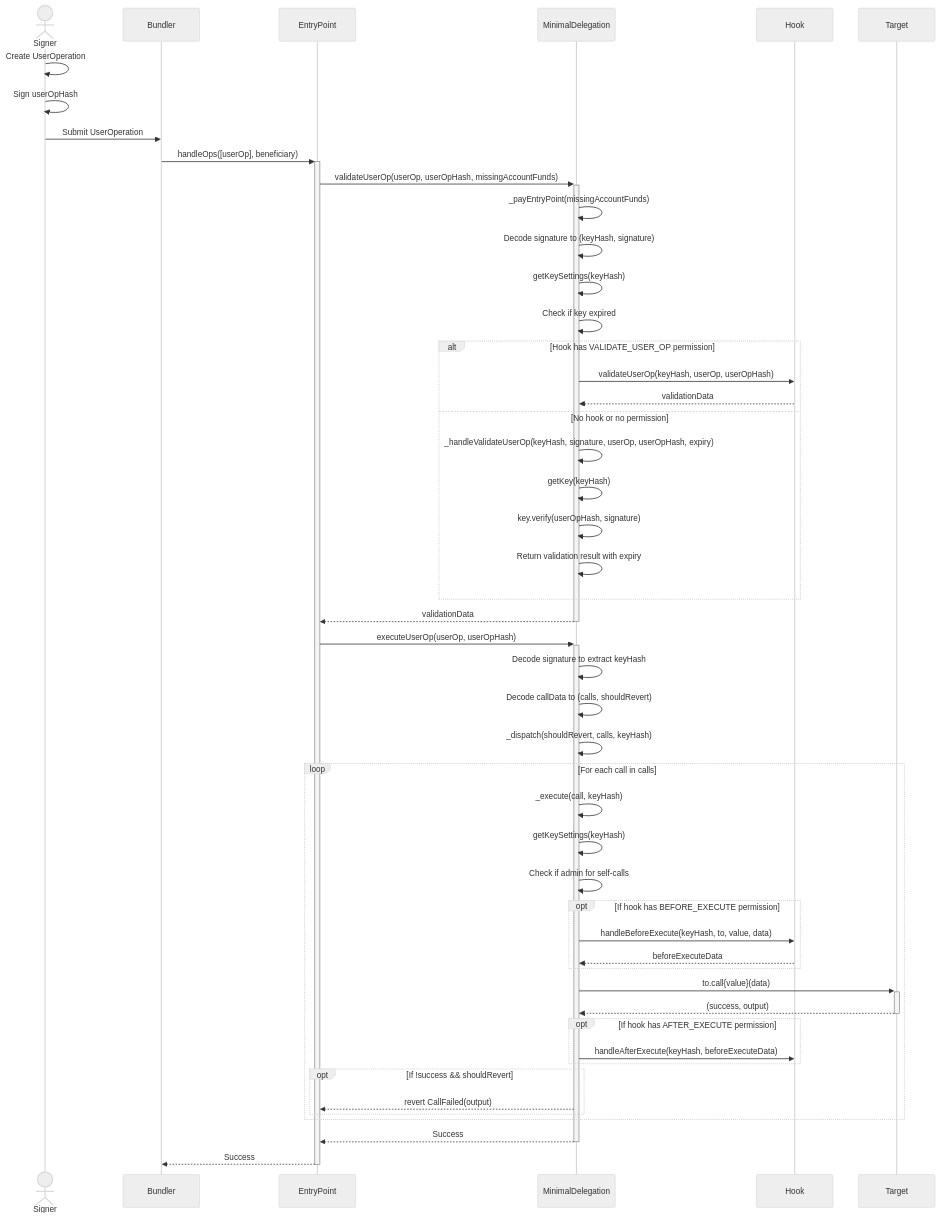
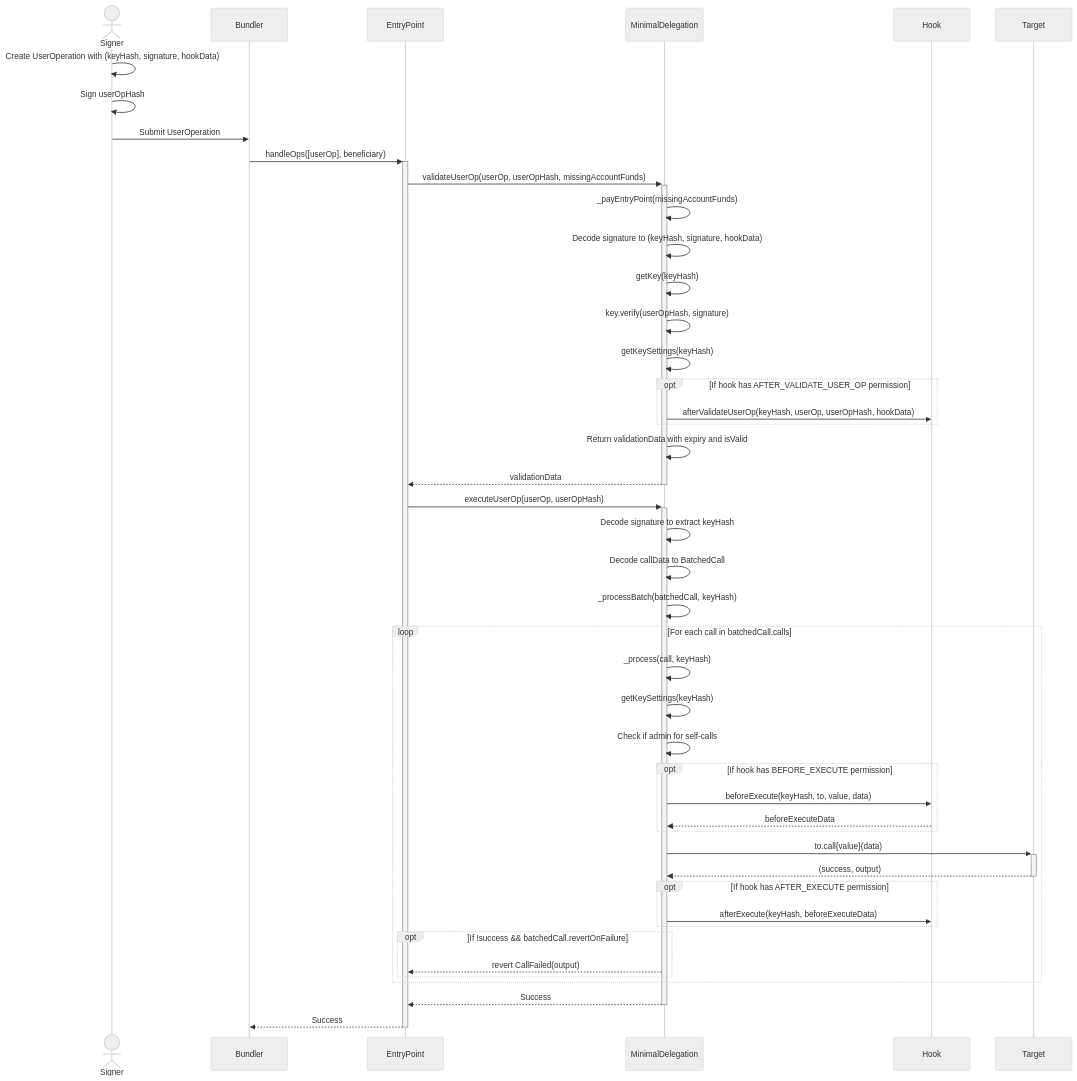
The fifth of 7 diagrams in README.md (Uniswap/minimal-delegation), drawn with Mermaid (neutral theme) before and after one commit. The commit also changed other lines of this file, not shown here.

Commit message:
new diagrams

````diff
--- a/README.md
+++ b/README.md
@@ -172,63 +205,59 @@
 ```mermaid
 sequenceDiagram
     actor Signer
     participant Bundler
     participant EntryPoint
     participant Account as MinimalDelegation
     participant Hook
     participant Target
     
-    Signer->>Signer: Create UserOperation
+    Signer->>Signer: Create UserOperation with (keyHash, signature, hookData)
     Signer->>Signer: Sign userOpHash
     Signer->>Bundler: Submit UserOperation
     
     Bundler->>+EntryPoint: handleOps([userOp], beneficiary)
     EntryPoint->>+Account: validateUserOp(userOp, userOpHash, missingAccountFunds)
     
     Account->>Account: _payEntryPoint(missingAccountFunds)
-    Account->>Account: Decode signature to (keyHash, signature)
+    Account->>Account: Decode signature to (keyHash, signature, hookData)
+    Account->>Account: getKey(keyHash)
+    Account->>Account: key.verify(userOpHash, signature)
     Account->>Account: getKeySettings(keyHash)
-    Account->>Account: Check if key expired
     
-    alt Hook has VALIDATE_USER_OP permission
-        Account->>Hook: validateUserOp(keyHash, userOp, userOpHash)
-        Hook-->>Account: validationData
-    else No hook or no permission
-        Account->>Account: _handleValidateUserOp(keyHash, signature, userOp, userOpHash, expiry)
-        Account->>Account: getKey(keyHash)
-        Account->>Account: key.verify(userOpHash, signature)
-        Account->>Account: Return validation result with expiry
+    opt If hook has AFTER_VALIDATE_USER_OP permission
+        Account->>Hook: afterValidateUserOp(keyHash, userOp, userOpHash, hookData)
     end
     
+    Account->>Account: Return validationData with expiry and isValid
     Account-->>-EntryPoint: validationData
     
     EntryPoint->>+Account: executeUserOp(userOp, userOpHash)
     Account->>Account: Decode signature to extract keyHash
-    Account->>Account: Decode callData to (calls, shouldRevert)
-    Account->>Account: _dispatch(shouldRevert, calls, keyHash)
+    Account->>Account: Decode callData to BatchedCall
+    Account->>Account: _processBatch(batchedCall, keyHash)
     
-    loop For each call in calls
-        Account->>Account: _execute(call, keyHash)
+    loop For each call in batchedCall.calls
+        Account->>Account: _process(call, keyHash)
         Account->>Account: getKeySettings(keyHash)
         Account->>Account: Check if admin for self-calls
         
         opt If hook has BEFORE_EXECUTE permission
-            Account->>Hook: handleBeforeExecute(keyHash, to, value, data)
+            Account->>Hook: beforeExecute(keyHash, to, value, data)
             Hook-->>Account: beforeExecuteData
         end
         
         Account->>+Target: to.call{value}(data)
         Target-->>-Account: (success, output)
         
         opt If hook has AFTER_EXECUTE permission
-            Account->>Hook: handleAfterExecute(keyHash, beforeExecuteData)
+            Account->>Hook: afterExecute(keyHash, beforeExecuteData)
         end
         
-        opt If !success && shouldRevert
+        opt If !success && batchedCall.revertOnFailure
             Account-->>EntryPoint: revert CallFailed(output)
         end
     end
     
     Account-->>-EntryPoint: Success
     EntryPoint-->>-Bundler: Success
 ```
````
